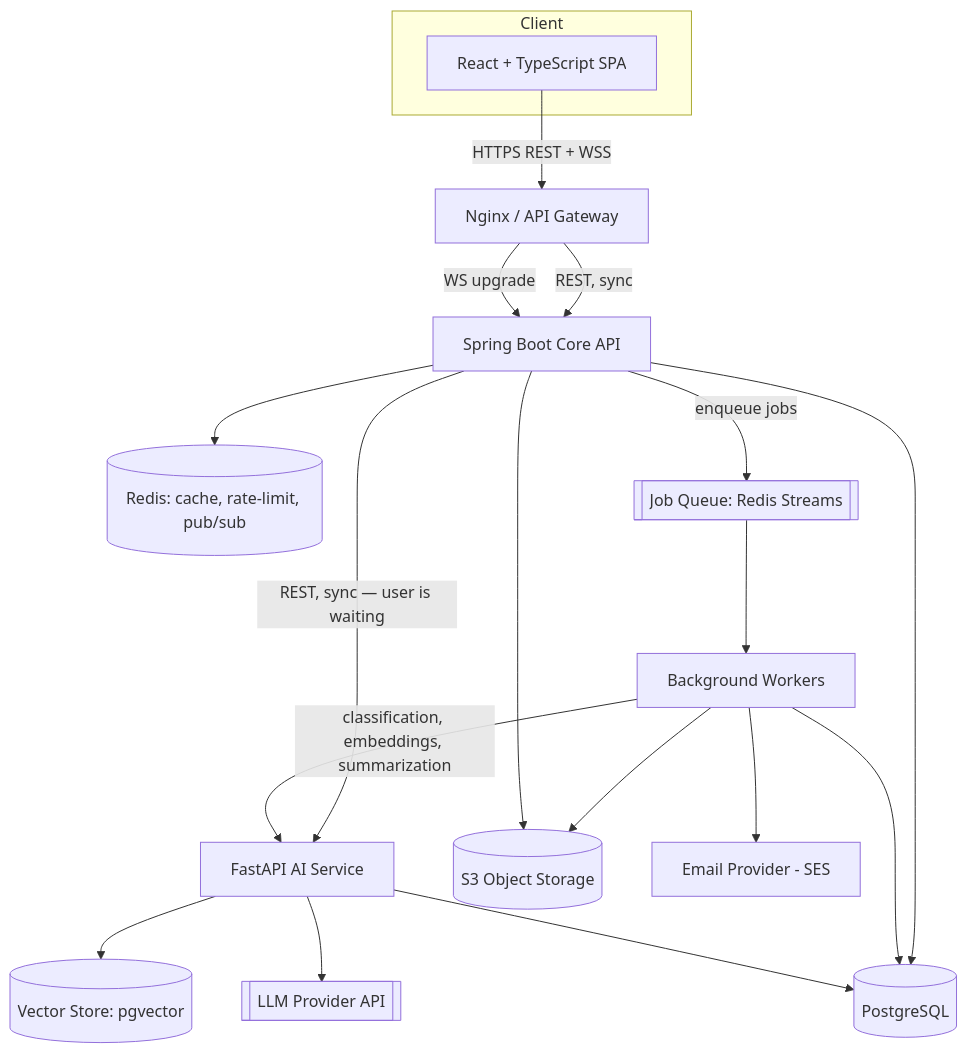
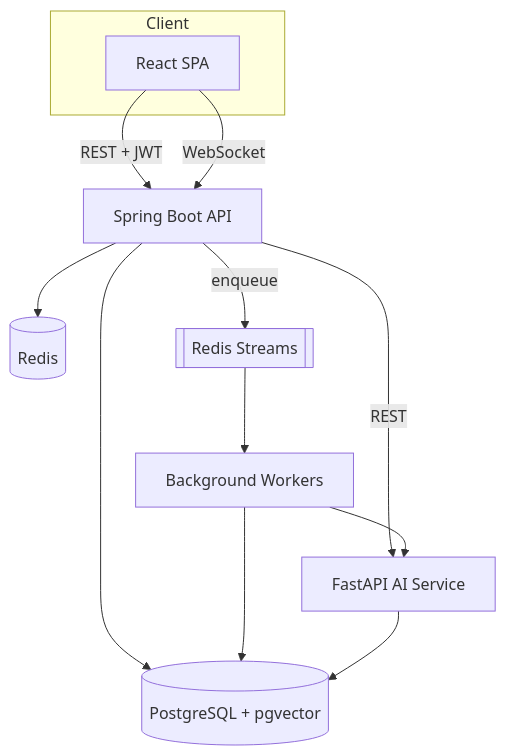
Before and after one commit to yogeshgawade/ai-helpdesk-saas: the diagram in README.md, drawn with Mermaid. The commit also changed other lines of this file, not shown here.

````diff
--- a/README.md
+++ b/README.md
@@ -14,28 +15,20 @@
 ```mermaid
 flowchart TB
     subgraph Client
-        FE[React + TypeScript SPA]
+        FE[React SPA]
     end
 
-    FE -->|HTTPS REST + WSS| GW[Nginx / API Gateway]
+    FE -->|REST + JWT| API[Spring Boot API]
+    FE -->|WebSocket| API
 
-    GW -->|REST, sync| API[Spring Boot Core API]
-    GW -->|WS upgrade| API
+    API -->|REST| AI[FastAPI AI Service]
+    API --> PG[(PostgreSQL + pgvector)]
+    API --> REDIS[(Redis)]
 
-    API -->|REST, sync — user is waiting| AI[FastAPI AI Service]
-    API --> PG[(PostgreSQL)]
-    API --> REDIS[(Redis: cache, rate-limit, pub/sub)]
-    API -->|enqueue jobs| QUEUE[[Job Queue: Redis Streams]]
+    API -->|enqueue| QUEUE[[Redis Streams]]
+    QUEUE --> WORKER[Background Workers]
+    WORKER --> AI
+    WORKER --> PG
 
-    QUEUE --> WORKER[Background Workers]
-    WORKER --> PG
-    WORKER -->|classification, embeddings, summarization| AI
-    WORKER --> S3[(S3 Object Storage)]
-    WORKER --> EMAIL[Email Provider - SES]
-
-    AI --> VDB[(Vector Store: pgvector)]
-    AI --> LLM[[LLM Provider API]]
     AI --> PG
-
-    API --> S3
 ```
````
